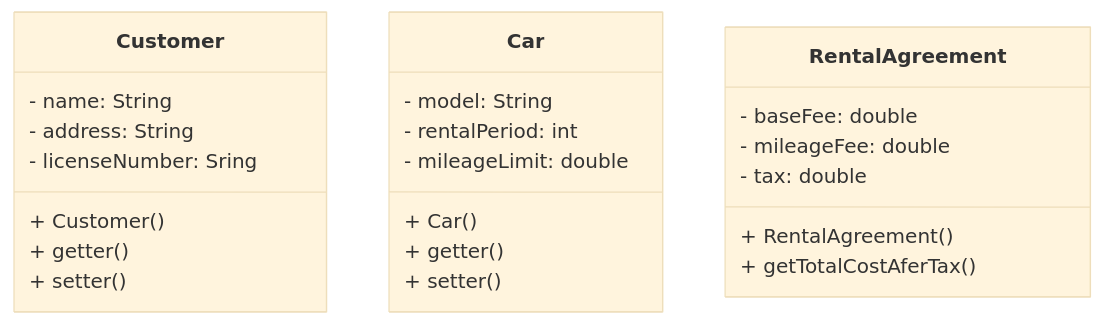
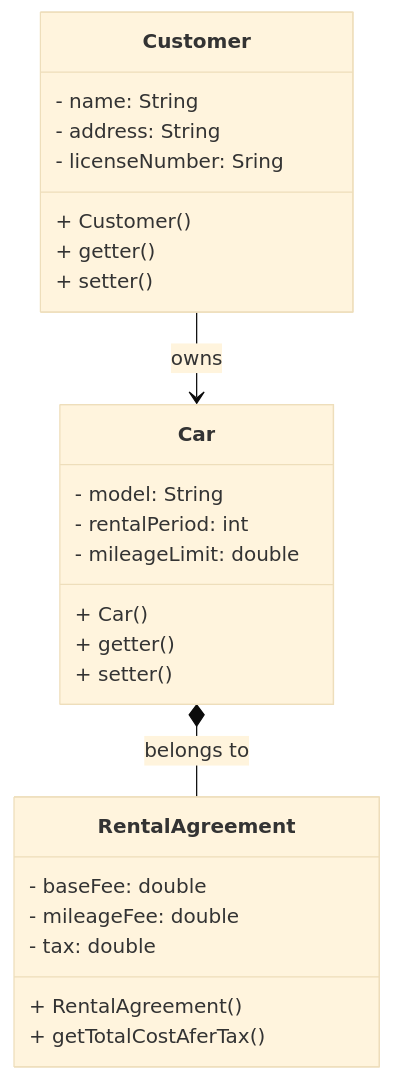
One commit to ngsang149dev/CIT-EIU changed the diagram in CSE203/Lab1/Problem3/CarRental.mmd. Above: the diagram before and after it, drawn with Mermaid (base theme). The commit also changed 9 other files, not shown here.

```diff
--- a/CSE203/Lab1/Problem3/CarRental.mmd
+++ b/CSE203/Lab1/Problem3/CarRental.mmd
@@ -1,26 +1,29 @@
 classDiagram
     class Customer {
         - name: String
         - address: String
         - licenseNumber: Sring
         + Customer()
         + getter()
         + setter()
     }
 
     class Car {
         - model: String
         - rentalPeriod: int
         - mileageLimit: double
         + Car()
         + getter()
         + setter()
     }
 
     class RentalAgreement {
         - baseFee: double
         - mileageFee: double
         - tax: double
         + RentalAgreement()
         + getTotalCostAferTax()
     }
+
+    Customer --> Car: owns
+    Car *-- RentalAgreement: belongs to
```
